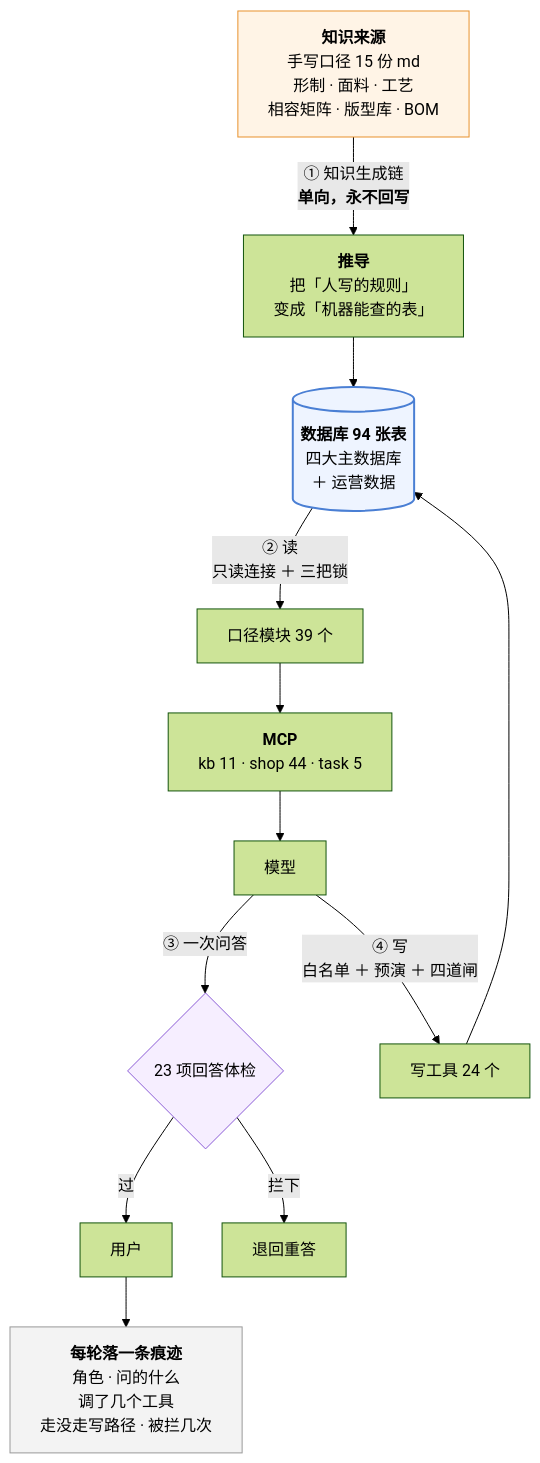
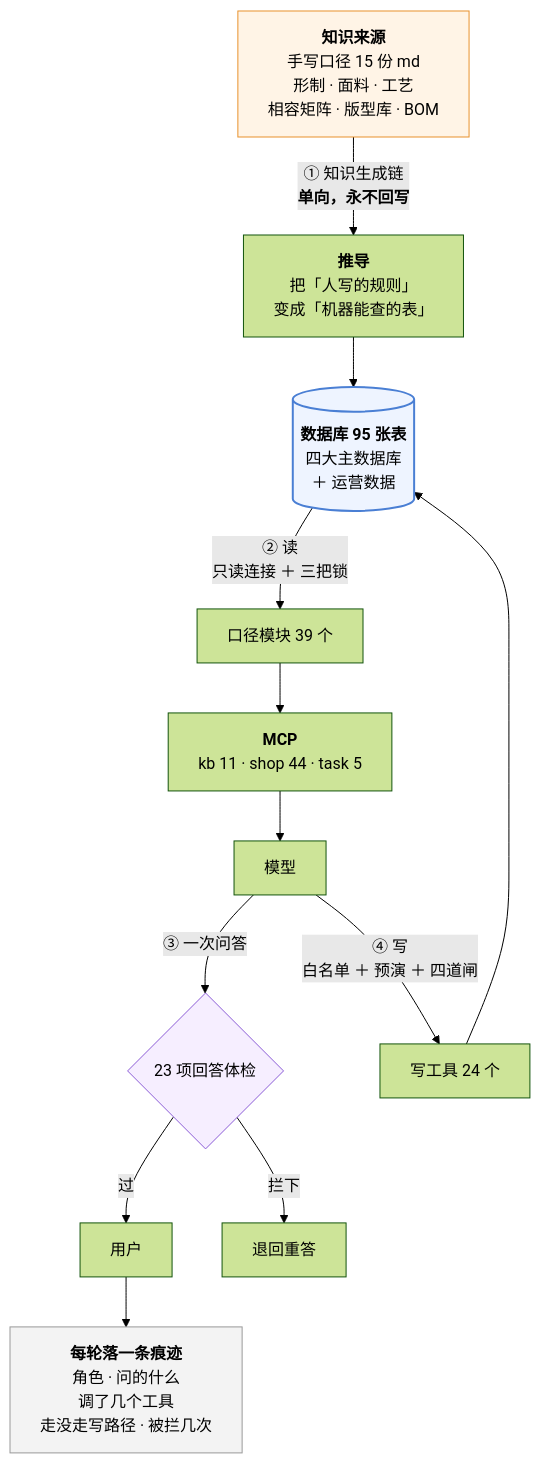
One commit to 843773296-rgb/lanxiu-yunshang-agent changed the third of 3 diagrams in 澜绣云裳agent-产品说明.md. Above: the diagram before and after it, drawn with Mermaid (forest theme). The commit also changed other lines of this file and 8 other files, not shown here.

````diff
--- a/澜绣云裳agent-产品说明.md
+++ b/澜绣云裳agent-产品说明.md
@@ -867,24 +867,24 @@
 ```mermaid
 flowchart TD
     MD["<b>知识来源</b><br/>手写口径 15 份 md<br/>形制 · 面料 · 工艺<br/>相容矩阵 · 版型库 · BOM"]
     MD -->|"① 知识生成链<br/><b>单向，永不回写</b>"| DV["<b>推导</b><br/>把「人写的规则」<br/>变成「机器能查的表」"]
-    DV --> DB[("<b>数据库 94 张表</b><br/>四大主数据库<br/>＋ 运营数据")]
+    DV --> DB[("<b>数据库 95 张表</b><br/>四大主数据库<br/>＋ 运营数据")]
 
     DB -->|"② 读<br/>只读连接 ＋ 三把锁"| KJ["口径模块 39 个"]
     KJ --> MCP["<b>MCP</b><br/>kb 11 · shop 44 · task 5"]
     MCP --> LLM["模型"]
 
     LLM -->|"③ 一次问答"| GD{"23 项回答体检"}
     GD -- 过 --> U["用户"]
     GD -- 拦下 --> RE["退回重答"]
 
     LLM -->|"④ 写<br/>白名单 ＋ 预演 ＋ 四道闸"| W["写工具 24 个"]
     W --> DB
 
     U --> TR["<b>每轮落一条痕迹</b><br/>角色 · 问的什么<br/>调了几个工具<br/>走没走写路径 · 被拦几次"]
 
     style MD fill:#fff4e6,stroke:#e8912d
     style DB fill:#eef4ff,stroke:#4a7fd4,stroke-width:2px
     style GD fill:#f6eeff,stroke:#8b5cd6
     style TR fill:#f3f3f3,stroke:#999
 ```
````
